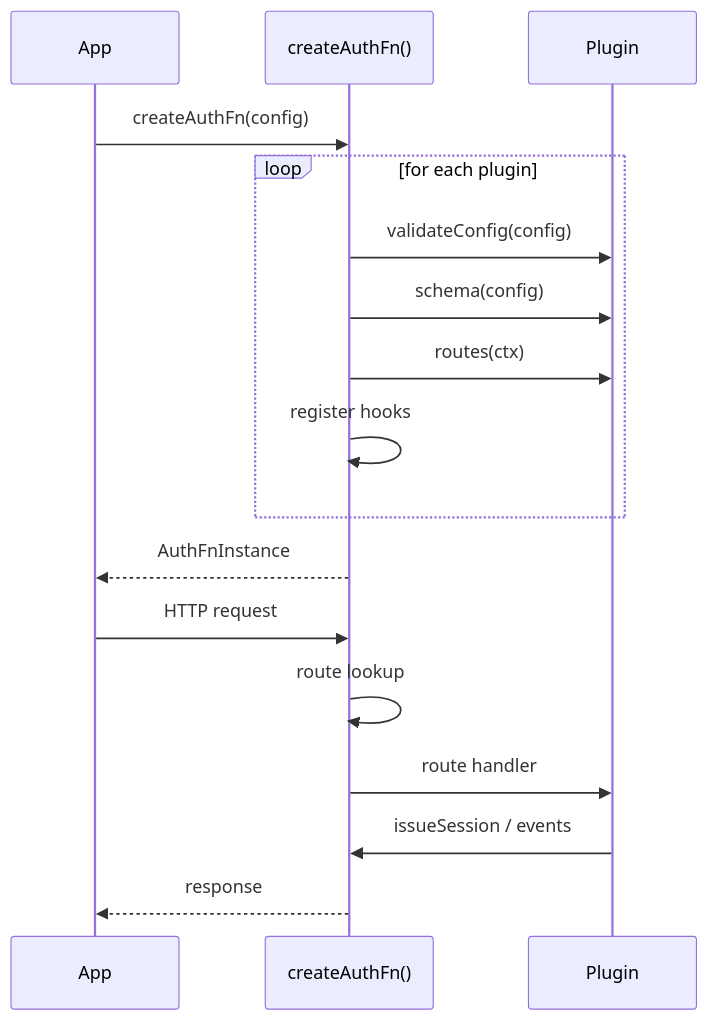
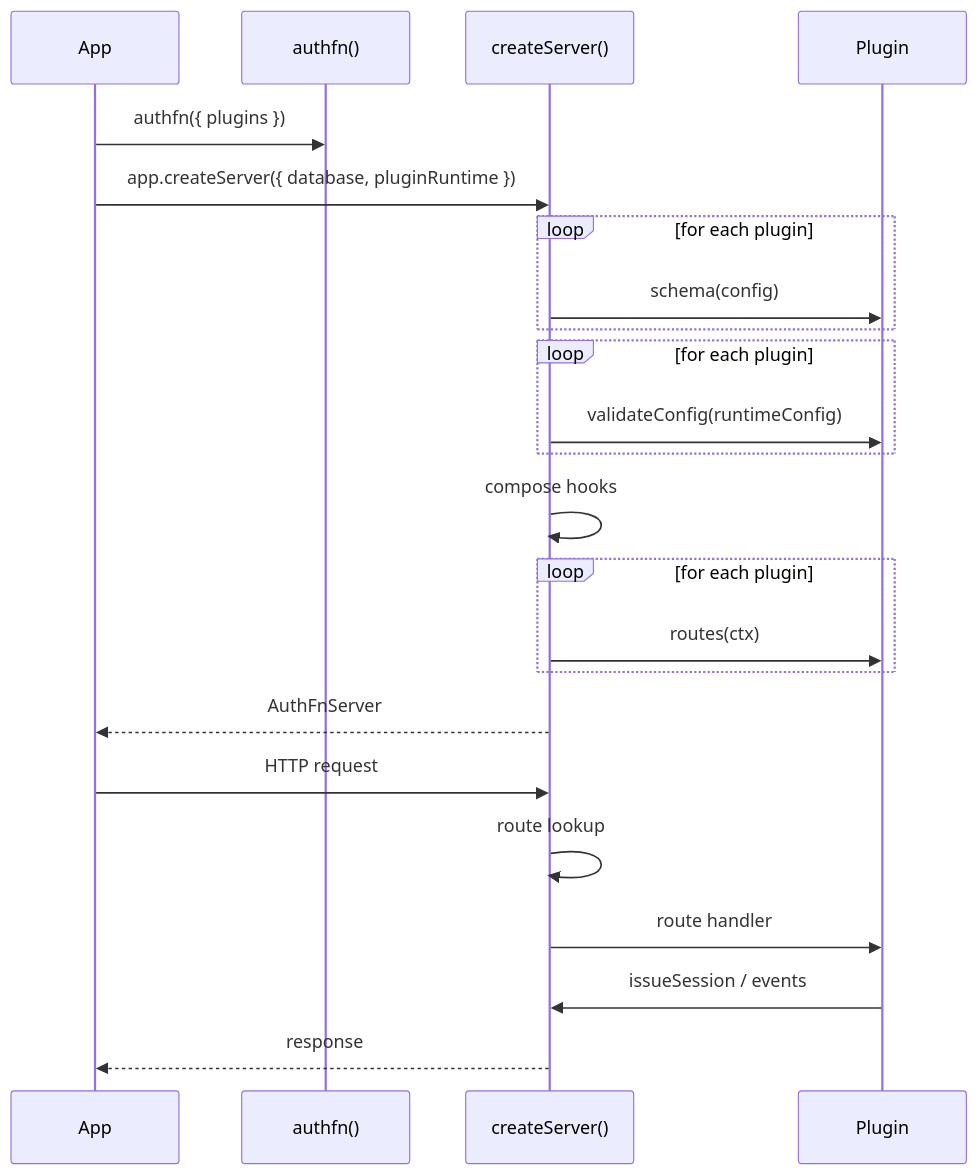
The diagram in authfn/docs/content/docs/core-concepts/plugins.md (21nCo/superfunctions), drawn with Mermaid before and after one commit. The commit also changed other lines of this file and 1210 other files, not shown here.

````diff
--- a/authfn/docs/content/docs/core-concepts/plugins.md
+++ b/authfn/docs/content/docs/core-concepts/plugins.md
@@ -48,21 +48,27 @@
 ```mermaid
 sequenceDiagram
   participant App
-  participant Kernel as createAuthFn()
+  participant Declare as authfn()
+  participant Server as createServer()
   participant P as Plugin
 
-  App->>Kernel: createAuthFn(config)
+  App->>Declare: authfn({ plugins })
+  App->>Server: app.createServer({ database, pluginRuntime })
   loop for each plugin
-    Kernel->>P: validateConfig(config)
-    Kernel->>P: schema(config)
-    Kernel->>P: routes(ctx)
-    Kernel->>Kernel: register hooks
+    Server->>P: schema(config)
   end
-  Kernel-->>App: AuthFnInstance
+  loop for each plugin
+    Server->>P: validateConfig(runtimeConfig)
+  end
+  Server->>Server: compose hooks
+  loop for each plugin
+    Server->>P: routes(ctx)
+  end
+  Server-->>App: AuthFnServer
 
-  App->>Kernel: HTTP request
-  Kernel->>Kernel: route lookup
-  Kernel->>P: route handler
-  P->>Kernel: issueSession / events
-  Kernel-->>App: response
+  App->>Server: HTTP request
+  Server->>Server: route lookup
+  Server->>P: route handler
+  P->>Server: issueSession / events
+  Server-->>App: response
 ```
````
